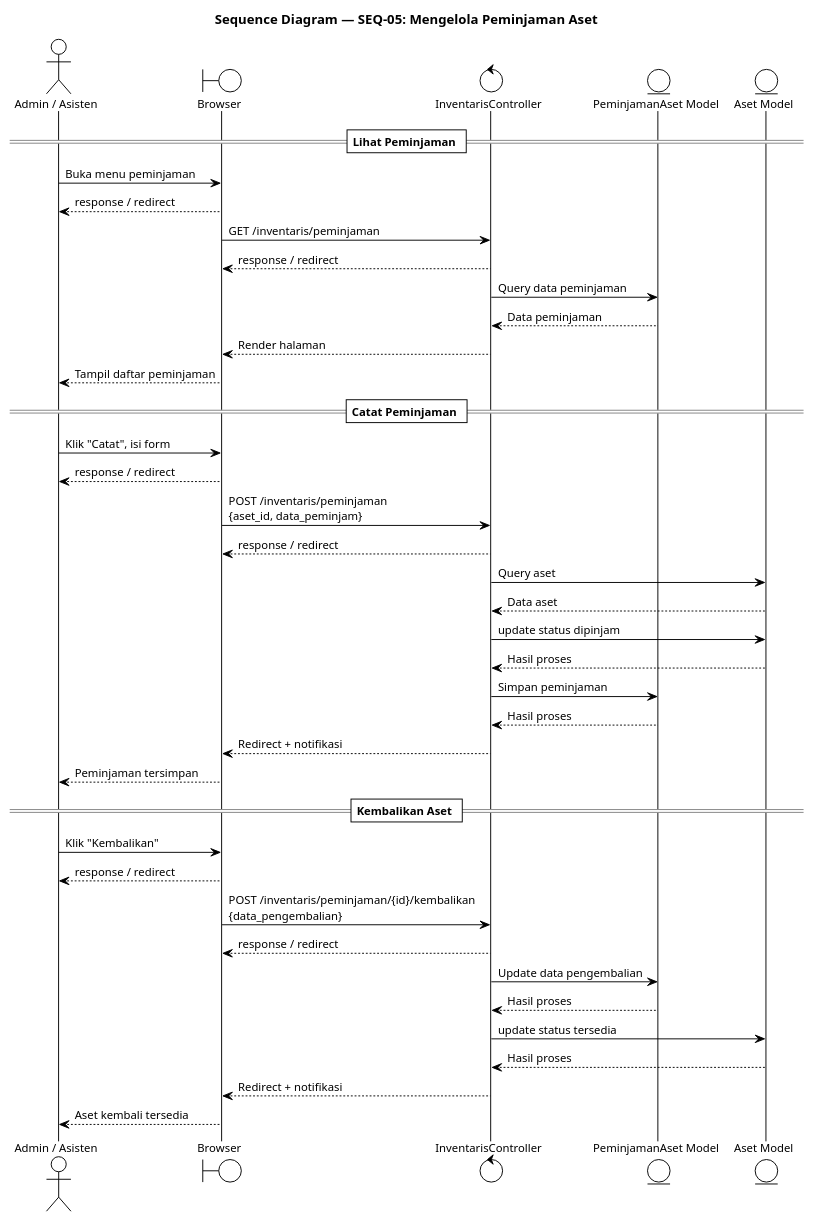
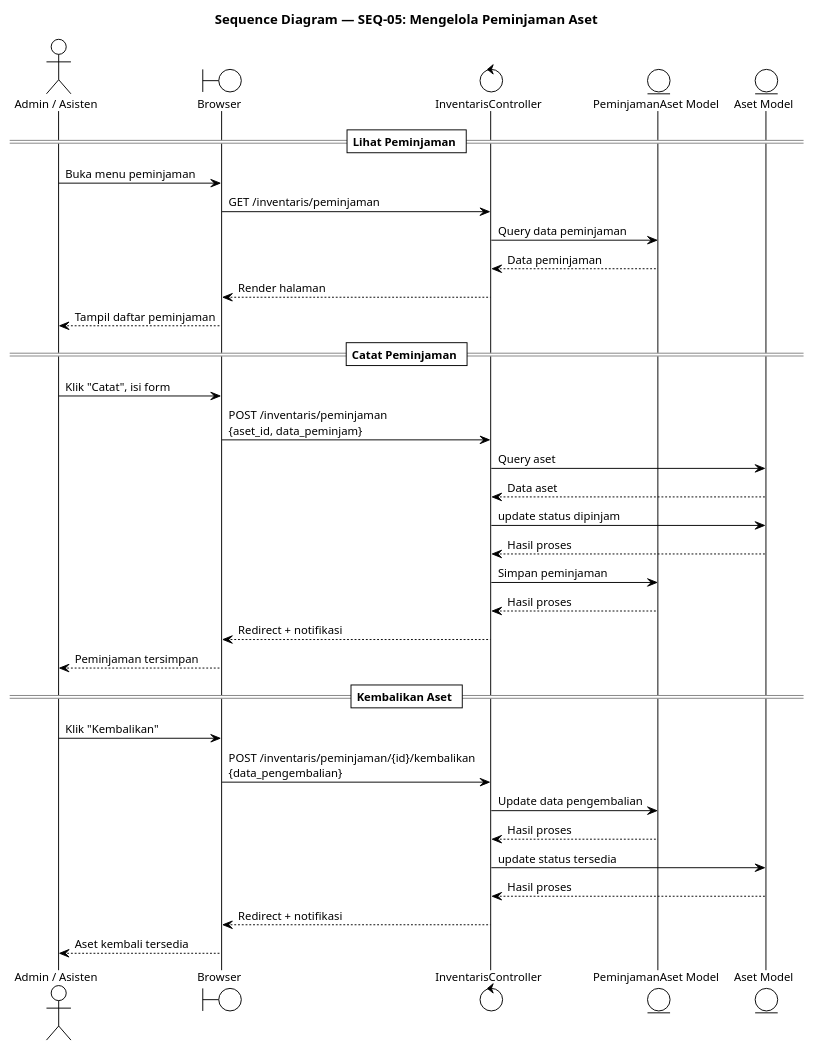
Before and after one commit to Habiboys/SILAB-DSI: the diagram in docs/inventaris/sequence/SEQ_05_MENGELOLA_PEMINJAMAN.puml, drawn with PlantUML. The commit also changed 126 other files, not shown here.

```diff
--- a/docs/inventaris/sequence/SEQ_05_MENGELOLA_PEMINJAMAN.puml
+++ b/docs/inventaris/sequence/SEQ_05_MENGELOLA_PEMINJAMAN.puml
@@ -1,52 +1,52 @@
 @startuml SEQ_05_MENGELOLA_PEMINJAMAN
 !theme plain
 skinparam defaultFontSize 12
 skinparam TitleFontSize 14
 title Sequence Diagram — SEQ-05: Mengelola Peminjaman Aset
 
 actor       "Admin / Asisten"      as User
 boundary    "Browser"              as Browser
 control     "InventarisController" as Controller
 entity      "PeminjamanAset Model" as ModelPM
 entity      "Aset Model"           as ModelAset
 
 == Lihat Peminjaman ==
 
 User    -> Browser     : Buka menu peminjaman
-Browser --> User : response / redirect
+
 Browser -> Controller  : GET /inventaris/peminjaman
-Controller --> Browser : response / redirect
+
 Controller -> ModelPM  : Query data peminjaman
 ModelPM --> Controller : Data peminjaman
 Controller --> Browser : Render halaman
 Browser --> User       : Tampil daftar peminjaman
 
 == Catat Peminjaman ==
 
 User    -> Browser     : Klik "Catat", isi form
-Browser --> User : response / redirect
+
 Browser -> Controller  : POST /inventaris/peminjaman\n{aset_id, data_peminjam}
-Controller --> Browser : response / redirect
+
 Controller -> ModelAset  : Query aset
 ModelAset --> Controller : Data aset
 Controller -> ModelAset  : update status dipinjam
 ModelAset --> Controller : Hasil proses
 Controller -> ModelPM  : Simpan peminjaman
 ModelPM --> Controller : Hasil proses
 Controller --> Browser : Redirect + notifikasi
 Browser --> User       : Peminjaman tersimpan
 
 == Kembalikan Aset ==
 
 User    -> Browser     : Klik "Kembalikan"
-Browser --> User : response / redirect
+
 Browser -> Controller  : POST /inventaris/peminjaman/{id}/kembalikan\n{data_pengembalian}
-Controller --> Browser : response / redirect
+
 Controller -> ModelPM  : Update data pengembalian
 ModelPM --> Controller : Hasil proses
 Controller -> ModelAset  : update status tersedia
 ModelAset --> Controller : Hasil proses
 Controller --> Browser : Redirect + notifikasi
 Browser --> User       : Aset kembali tersedia
 
 @enduml
```
